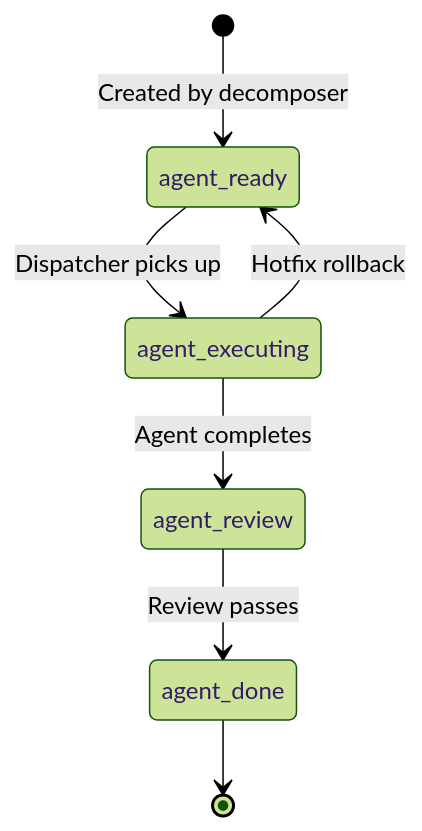
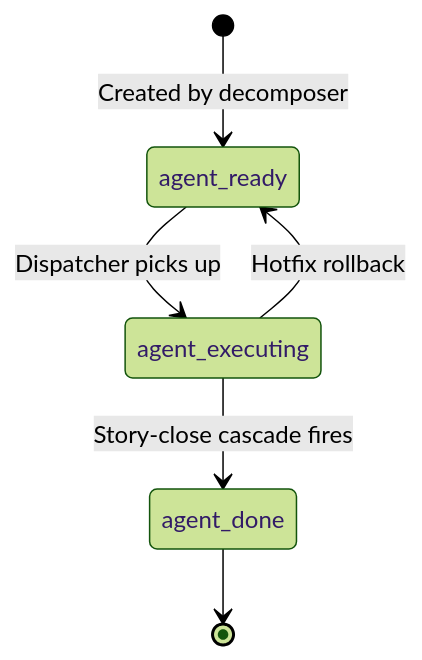
One commit to dsj1984/mandrel changed the eighth of 8 diagrams in docs/architecture.md. Above: the diagram before and after it, drawn with Mermaid (forest theme). The commit also changed other lines of this file and 7 other files, not shown here.

Commit message:
docs(reference): rewrite architecture.md, configuration.md, decisions adr, instructions.md, and changelog 5.40.0 entry (resolves #1176)

````diff
--- a/docs/architecture.md
+++ b/docs/architecture.md
@@ -600,10 +626,9 @@
 ```mermaid
 stateDiagram-v2
     [*] --> agent_ready: Created by decomposer
     agent_ready --> agent_executing: Dispatcher picks up
-    agent_executing --> agent_review: Agent completes
-    agent_review --> agent_done: Review passes
+    agent_executing --> agent_done: Story-close cascade fires
     agent_done --> [*]
 
     agent_executing --> agent_ready: Hotfix rollback
 ```
````
